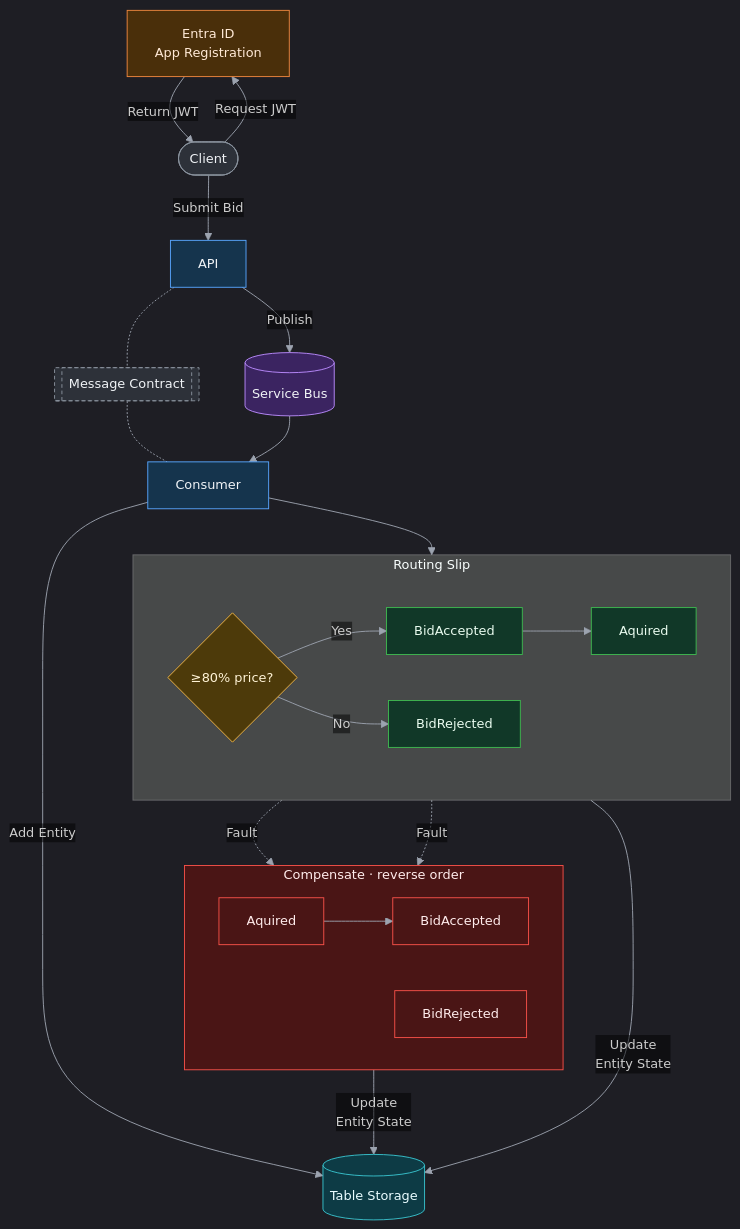
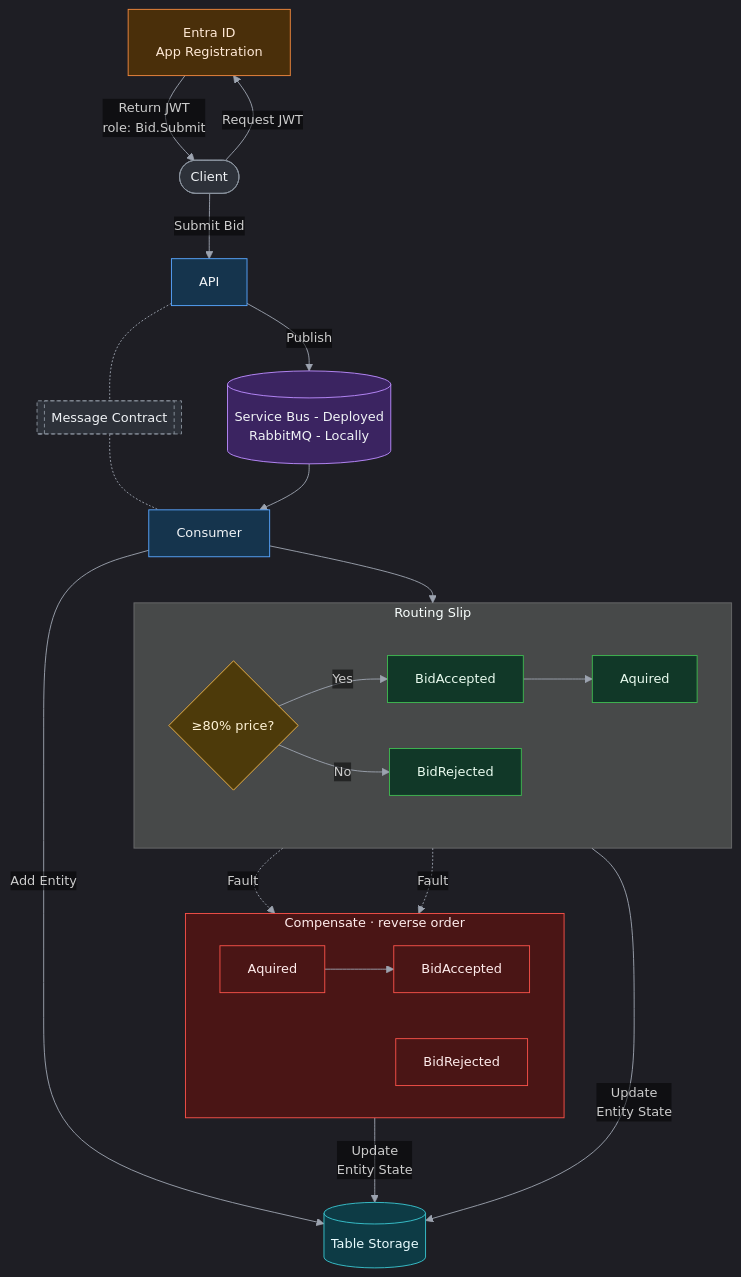
Before and after one commit to AbuSuudy/ArtAuction: the first of 3 diagrams in README.md, drawn with Mermaid. The commit also changed other lines of this file, not shown here.

Commit message:
update read me

````diff
--- a/README.md
+++ b/README.md
@@ -19,68 +19,68 @@
 ```mermaid
 %%{init: {
   "theme": "dark",
   "themeVariables": {
     "darkMode": true,
     "background": "transparent",
     "primaryColor": "#1f2937",
     "primaryTextColor": "#e5e7eb",
     "primaryBorderColor": "#4b5563",
     "lineColor": "#9ca3af",
     "secondaryColor": "#111827",
     "tertiaryColor": "#111827",
     "edgeLabelBackground": "transparent",
     "fontSize": "14px"
   }
 }}%%
 flowchart TB
     IdP[Entra ID<br/>App Registration]
     Client([Client]) -->|Request JWT| IdP
-    IdP -->|Return JWT| Client
+    IdP -->|"Return JWT<br/>role: Bid.Submit"| Client
     Client -->|Submit Bid| API[API]
-    API -->|Publish| SB[(Service Bus)]
+    API -->|Publish| SB[("Service Bus - Deployed<br/>RabbitMQ - Locally")]
 
     Contract[["Message Contract"]]
     API -.- Contract
     Contract -.- Consumer[Consumer]
 
     SB --> Consumer
     Consumer -->|Add Entity| Table[(Table Storage)]
     Consumer --> RS{"≥80% price?"}
 
     subgraph Activities["Routing Slip"]
         direction LR
         RS -->|Yes| BA[BidAccepted] --> AQ[Aquired]
         RS -->|No| BR[BidRejected]
     end
 
     subgraph Comp["Compensate · reverse order"]
         direction LR
         CAQ[Aquired] --> CBA[BidAccepted]
         CBR[BidRejected]
     end
 
     AQ -. Fault .-> Comp
     BR -. Fault .-> Comp
     Activities -->|"Update<br/>Entity State"| Table
     Comp -->|"Update<br/>Entity State"| Table
 
     classDef entry fill:#2d3139,stroke:#8b949e,color:#f0f3f6
     classDef svc fill:#15344d,stroke:#58a6ff,color:#f0f3f6
     classDef broker fill:#3b2461,stroke:#bc8cff,color:#f0f3f6
     classDef decision fill:#4d3a0a,stroke:#f2b84b,color:#fff3d6
     classDef act fill:#113828,stroke:#3fb950,color:#e9fbef
     classDef store fill:#0d3b45,stroke:#39c5cf,color:#e9fcff
     classDef comp fill:#4a1515,stroke:#f85149,color:#ffecec
     classDef shared fill:#2d3139,stroke:#8b949e,stroke-dasharray:4 3,color:#f0f3f6
     classDef idp fill:#4a2f0a,stroke:#f0883e,color:#ffe9d6
 
     class Client entry
     class API,Consumer svc
     class SB broker
     class RS decision
     class BA,AQ,BR act
     class Table store
     class Comp,CAQ,CBA,CBR comp
     class Contract shared
     class IdP idp
 ```
````
